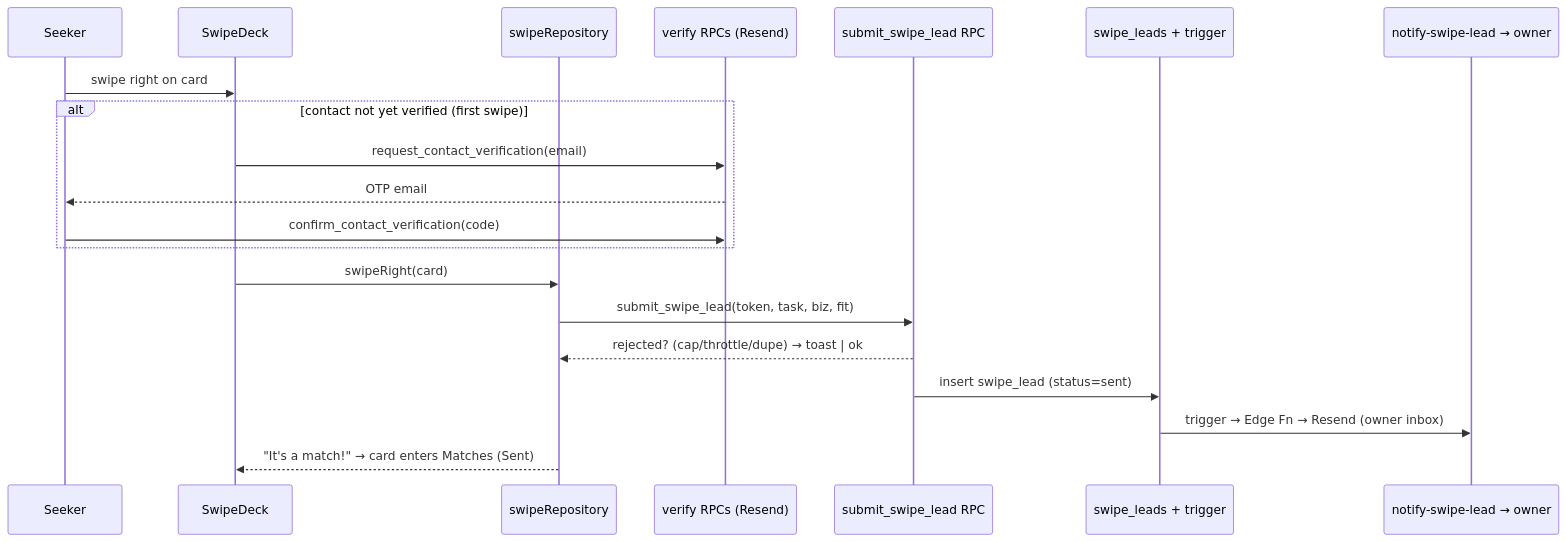
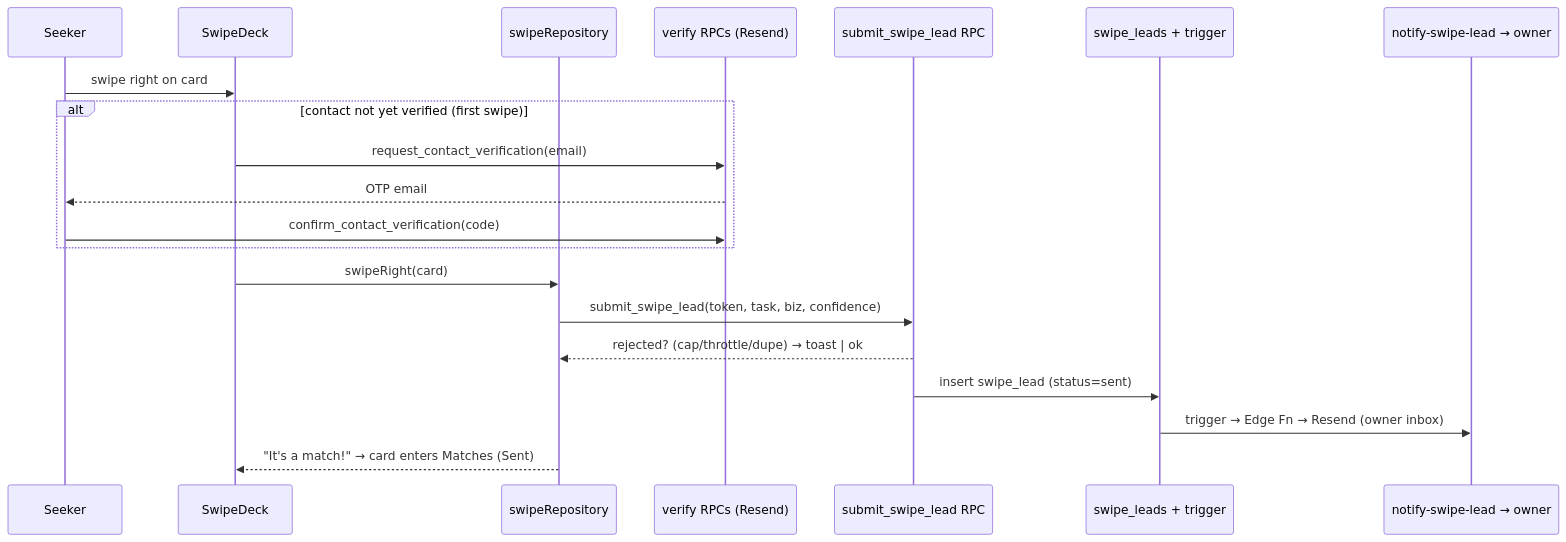
Before and after one commit to fontezbrooks/TheSouthernShmooze: the second of 2 diagrams in docs/the-shmoozer/README.md, drawn with Mermaid. The commit also changed other lines of this file, not shown here.

First line of the commit message:
docs: switch The Shmoozer V1 matching to fuzzy keyword + confidence

````diff
--- a/docs/the-shmoozer/README.md
+++ b/docs/the-shmoozer/README.md
@@ -234,22 +247,22 @@
 ```mermaid
 sequenceDiagram
   participant U as Seeker
   participant D as SwipeDeck
   participant R as swipeRepository
   participant V as verify RPCs (Resend)
   participant S as submit_swipe_lead RPC
   participant T as swipe_leads + trigger
   participant E as notify-swipe-lead → owner
   U->>D: swipe right on card
   alt contact not yet verified (first swipe)
     D->>V: request_contact_verification(email)
     V-->>U: OTP email
     U->>V: confirm_contact_verification(code)
   end
   D->>R: swipeRight(card)
-  R->>S: submit_swipe_lead(token, task, biz, fit)
+  R->>S: submit_swipe_lead(token, task, biz, confidence)
   S-->>R: rejected? (cap/throttle/dupe) → toast | ok
   S->>T: insert swipe_lead (status=sent)
   T->>E: trigger → Edge Fn → Resend (owner inbox)
   R-->>D: "It's a match!" → card enters Matches (Sent)
 ```
````
